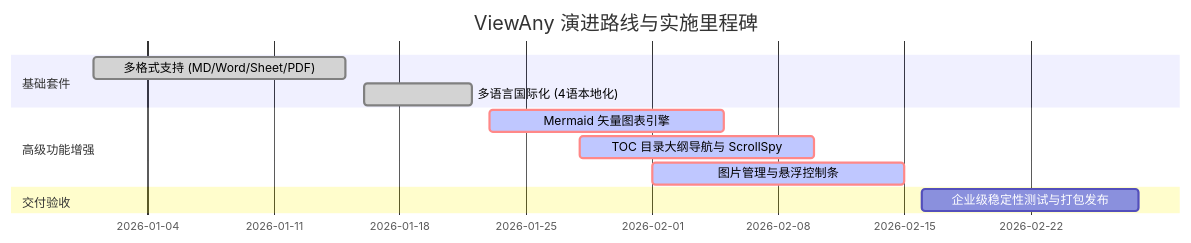
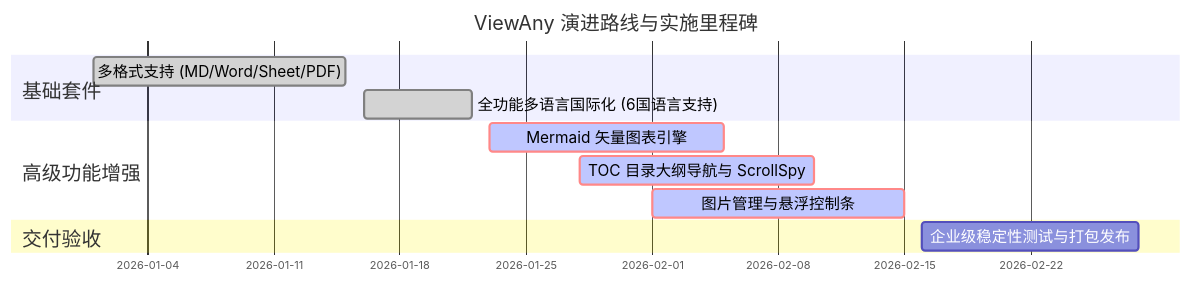
One commit to netproxy/ViewAny changed the third of 3 diagrams in demo_features.md. Above: the diagram before and after it, drawn with Mermaid. The commit also changed other lines of this file and 6 other files, not shown here.

````diff
--- a/demo_features.md
+++ b/demo_features.md
@@ -61,14 +59,15 @@
 ```mermaid
+%%{init: {'themeVariables': {'fontSize': '18px'}, 'sequence': {'actorFontSize': 18, 'messageFontSize': 16, 'noteFontSize': 14}, 'gantt': {'fontSize': 14, 'sectionFontSize': 18, 'barHeight': 26}, 'themeCSS': '.edgeLabel { font-size: 14px !important; font-weight: bold !important; } .messageText { font-size: 16px !important; } .actor, text.actor { font-size: 18px !important; } .taskText, text.taskText, .taskTextOutsideRight, text.taskTextOutsideRight, .taskTextOutsideLeft, text.taskTextOutsideLeft { font-size: 14px !important; text-anchor: start !important; } .sectionTitle { font-size: 18px !important; }'}}%%
 gantt
     title ViewAny 演进路线与实施里程碑
     dateFormat  YYYY-MM-DD
     section 基础套件
     多格式支持 (MD/Word/Sheet/PDF) :done, des1, 2026-01-01, 2026-01-15
-    多语言国际化 (4语本地化)       :done, des2, 2026-01-16, 2026-01-22
+    全功能多语言国际化 (6国语言支持) :done, des2, 2026-01-16, 2026-01-22
     section 高级功能增强
     Mermaid 矢量图表引擎           :active, crit, des3, 2026-01-23, 2026-02-05
     TOC 目录大纲导航与 ScrollSpy   :active, crit, des4, 2026-01-28, 2026-02-10
     图片管理与悬浮控制条           :active, crit, des5, 2026-02-01, 2026-02-15
     section 交付验收
     企业级稳定性测试与打包发布     :des6, 2026-02-16, 2026-02-28
 ```
````
